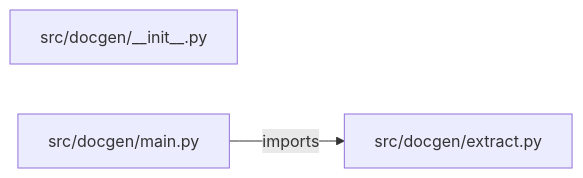
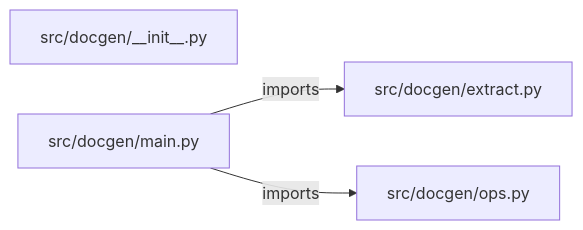
One commit to iarsingh/code-documentation-generator changed the diagram in PROJECT_ARCHITECTURE.md. Above: the diagram before and after it, drawn with Mermaid. The commit also changed other lines of this file and 2 other files, not shown here.

Commit message:
Refresh architecture and interview guides from current implementation

````diff
--- a/PROJECT_ARCHITECTURE.md
+++ b/PROJECT_ARCHITECTURE.md
@@ -13,7 +13,9 @@
 ```mermaid
 flowchart LR
     M0["src/docgen/__init__.py"]
     M1["src/docgen/extract.py"]
     M2["src/docgen/main.py"]
+    M3["src/docgen/ops.py"]
     M2 -->|imports| M1
+    M2 -->|imports| M3
 ```
````
